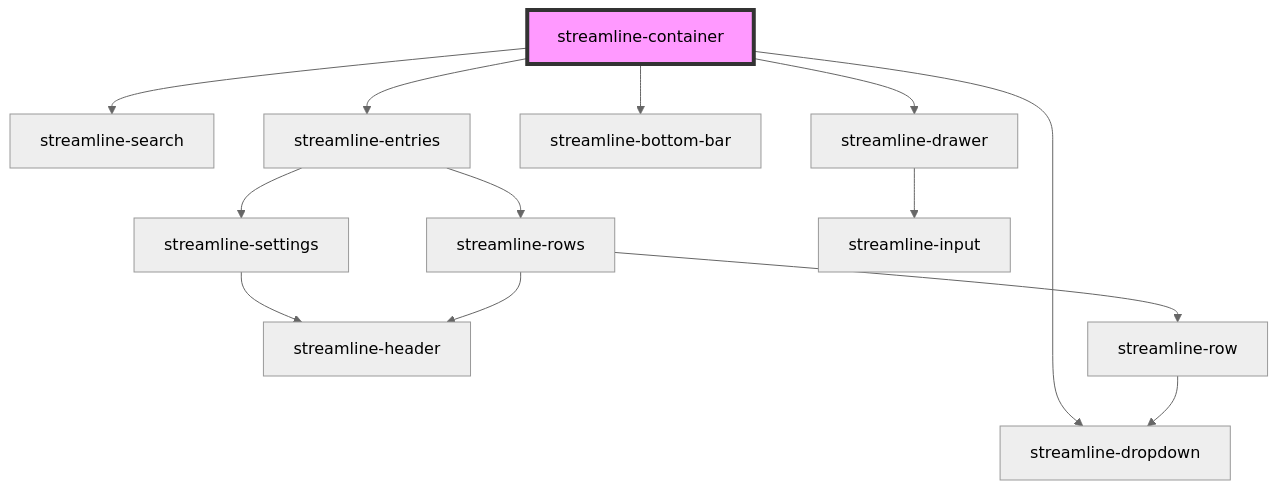
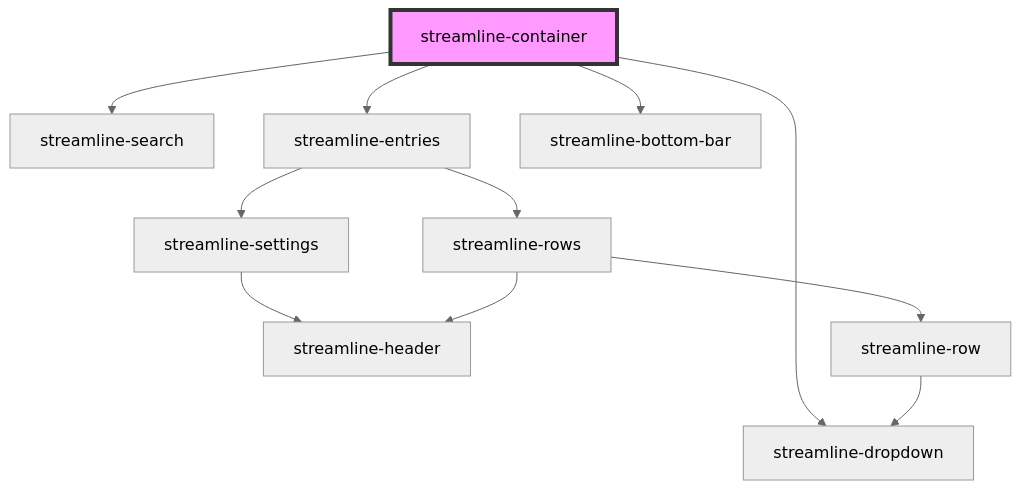
The diagram in package/src/components/container/readme.md (dnnsjsk/streamline), drawn with Mermaid (neutral theme) before and after one commit. The commit also changed other lines of this file and 66 other files, not shown here.

````diff
--- a/package/src/components/container/readme.md
+++ b/package/src/components/container/readme.md
@@ -48,16 +37,14 @@
 ```mermaid
 graph TD;
   streamline-container --> streamline-search
   streamline-container --> streamline-dropdown
   streamline-container --> streamline-entries
   streamline-container --> streamline-bottom-bar
-  streamline-container --> streamline-drawer
   streamline-entries --> streamline-settings
   streamline-entries --> streamline-rows
   streamline-settings --> streamline-header
   streamline-rows --> streamline-row
   streamline-rows --> streamline-header
   streamline-row --> streamline-dropdown
-  streamline-drawer --> streamline-input
   style streamline-container fill:#f9f,stroke:#333,stroke-width:4px
 ```
````
